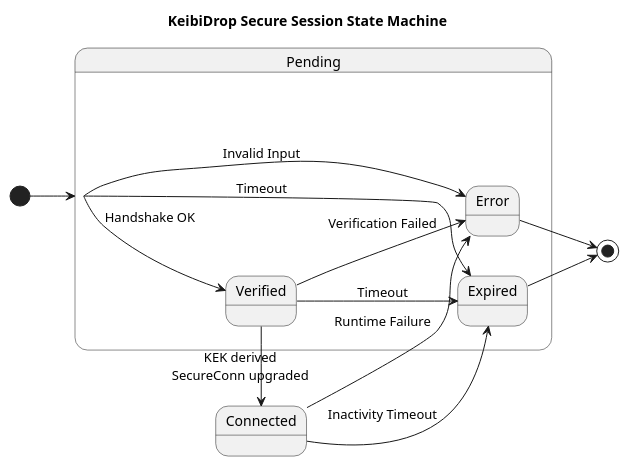
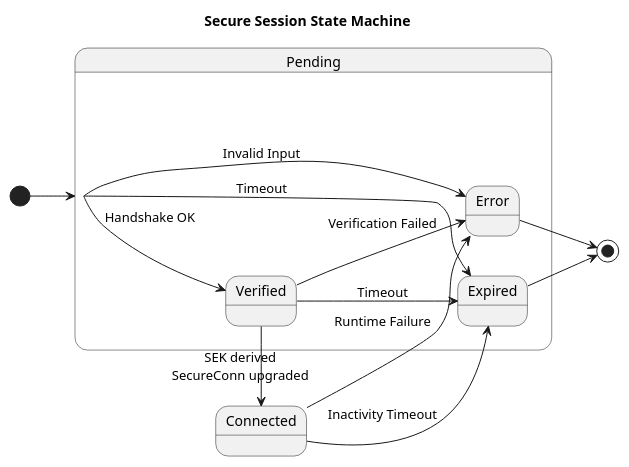
Before and after one commit to KeibiSoft/KeibiDrop: the diagram in docs/diagrams/plantUML/Secure Session State Machine.puml, drawn with PlantUML. The commit also changed 5 other files, not shown here.

First line of the commit message:
docs+session: fix handshake logic and complete full-duplex SecureConn (#2)

```diff
--- a/docs/diagrams/plantUML/Secure Session State Machine.puml
+++ b/docs/diagrams/plantUML/Secure Session State Machine.puml
@@ -1,26 +1,26 @@
-@startuml KeibiDrop Secure Session State Machine
-title KeibiDrop Secure Session State Machine
+@startuml Secure Session State Machine
+title Secure Session State Machine
 
 skinparam ranksep 40
 skinparam nodesep 40
 left to right direction
 
 [*] --> Pending
 
 state Pending {
   Pending --> Verified : Handshake OK
   Pending --> Error : Invalid Input
   Pending --> Expired : Timeout
 }
 
-Verified --> Connected : KEK derived\nSecureConn upgraded
+Verified --> Connected : SEK derived\nSecureConn upgraded
 Verified --> Error : Verification Failed
 Verified --> Expired : Timeout
 
 Connected --> Expired : Inactivity Timeout
 Connected --> Error : Runtime Failure
 
 Error --> [*]
 Expired --> [*]
 
 @enduml
```
